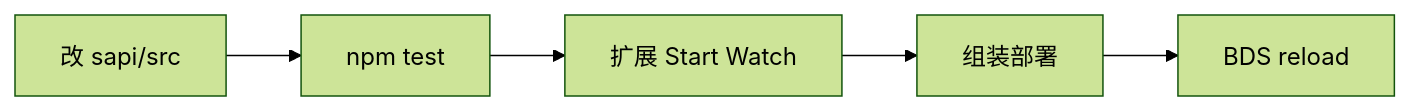
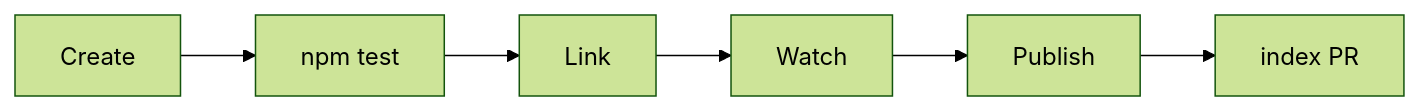
The diagram in docs/zh/dev/module-author.mdx (DogeLakeDev/ScriptsForMinecraftServer), drawn with Mermaid (forest theme) before and after one commit. The commit also changed other lines of this file and 51 other files, not shown here.

````diff
--- a/docs/zh/dev/module-author.mdx
+++ b/docs/zh/dev/module-author.mdx
@@ -55,7 +36,8 @@
 ```mermaid
 flowchart LR
-  A[改 sapi/src] --> B[npm test]
-  B --> C[扩展 Start Watch]
-  C --> D[组装部署]
-  D --> E[BDS reload]
+  A[Create] --> B[npm test]
+  B --> C[Link]
+  C --> D[Watch]
+  D --> E[Publish]
+  E --> F[index PR]
 ```
````
